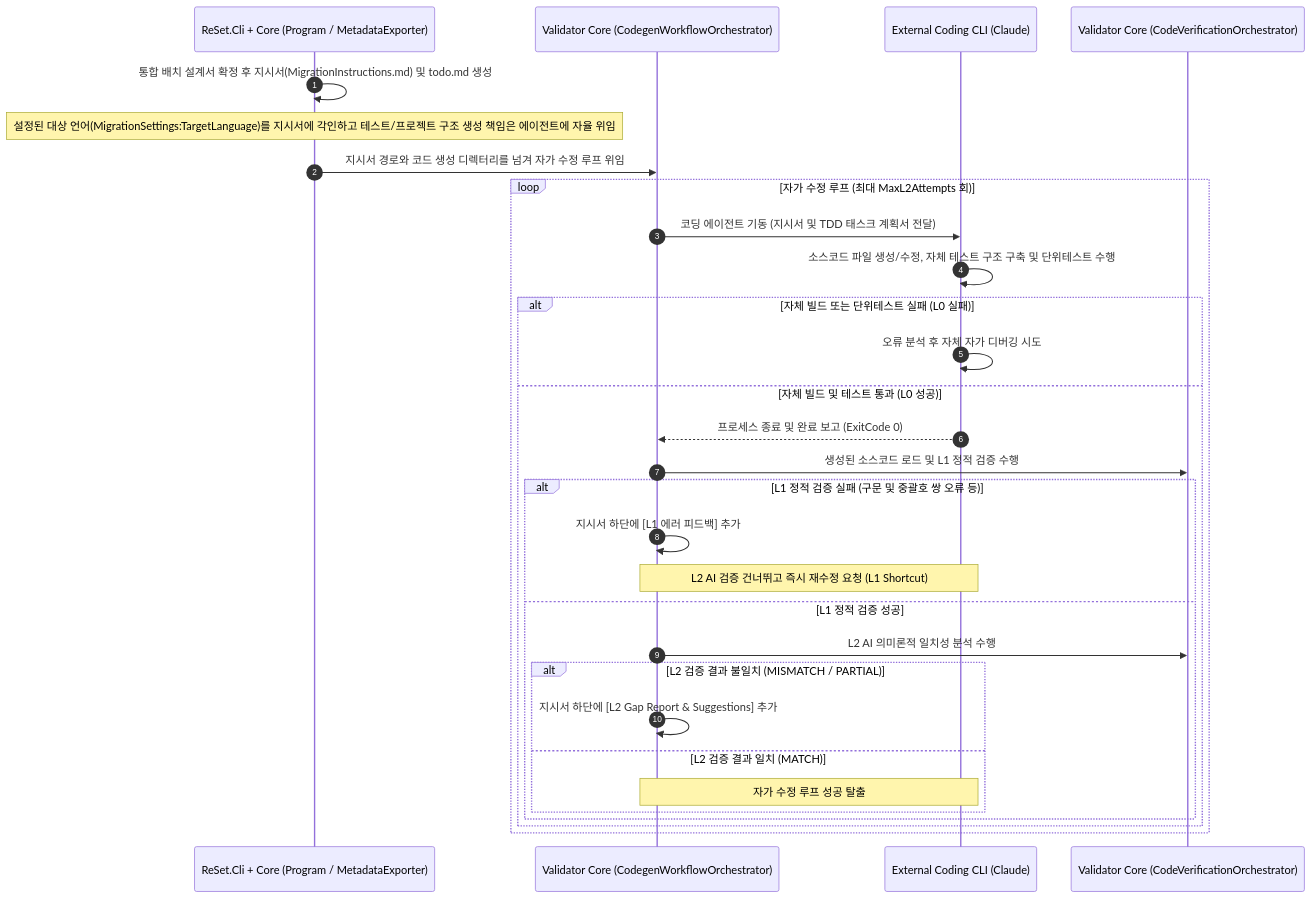
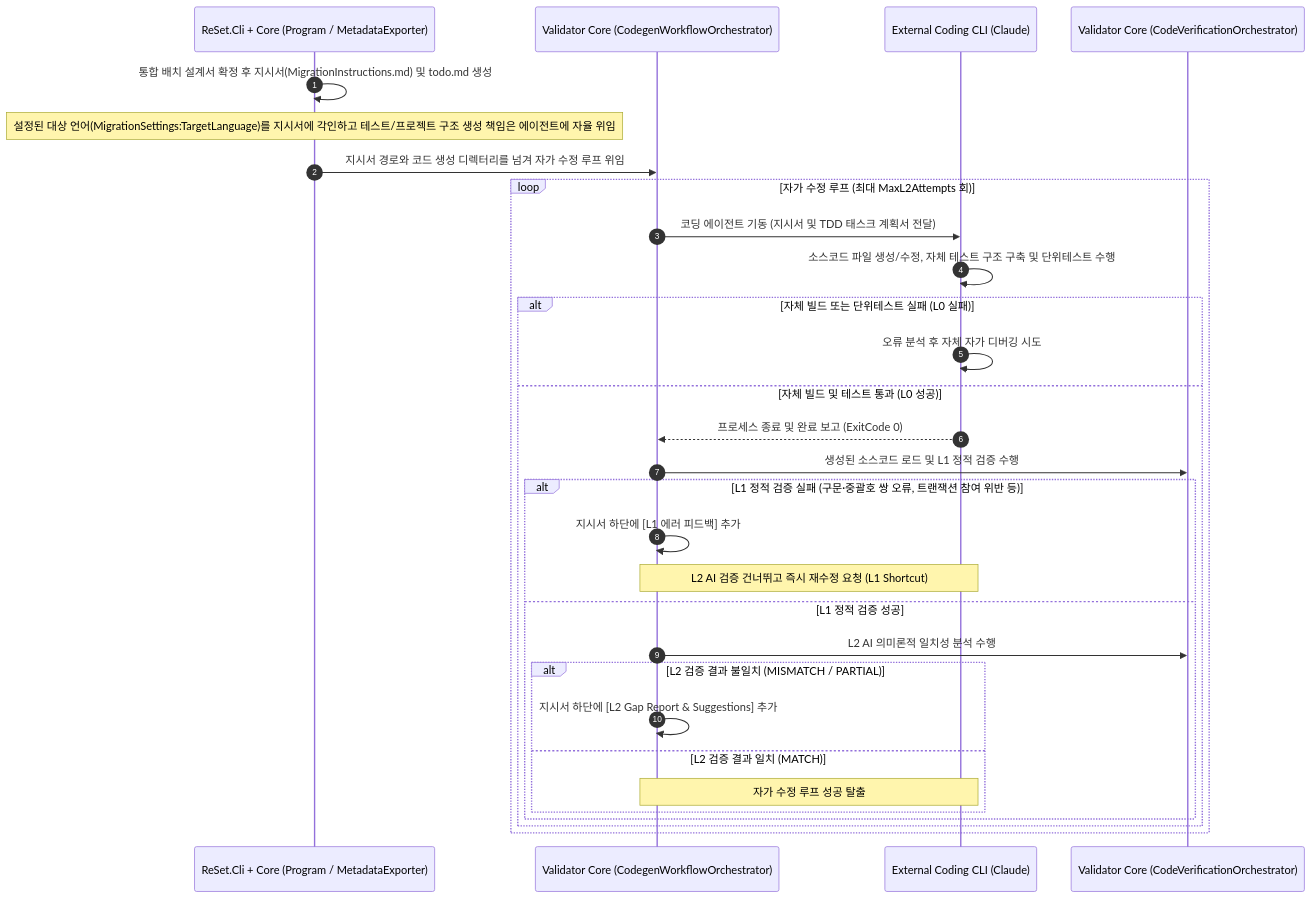
One commit to moondae815/ReSet changed the fifth of 9 diagrams in docs/architecture.md. Above: the diagram before and after it, drawn with Mermaid. The commit also changed other lines of this file and 2 other files, not shown here.

````diff
--- a/docs/architecture.md
+++ b/docs/architecture.md
@@ -245,33 +245,33 @@
 ```mermaid
 sequenceDiagram
     autonumber
     participant CLI as ReSet.Cli + Core (Program / MetadataExporter)
     participant RC as Validator Core (CodegenWorkflowOrchestrator)
     participant ECE as External Coding CLI (Claude)
     participant VAL as Validator Core (CodeVerificationOrchestrator)
 
     CLI->>CLI: 통합 배치 설계서 확정 후 지시서(MigrationInstructions.md) 및 todo.md 생성
     Note over CLI: 설정된 대상 언어(MigrationSettings:TargetLanguage)를 지시서에 각인하고 테스트/프로젝트 구조 생성 책임은 에이전트에 자율 위임
     CLI->>RC: 지시서 경로와 코드 생성 디렉터리를 넘겨 자가 수정 루프 위임
     loop 자가 수정 루프 (최대 MaxL2Attempts 회)
         RC->>ECE: 코딩 에이전트 기동 (지시서 및 TDD 태스크 계획서 전달)
         ECE->>ECE: 소스코드 파일 생성/수정, 자체 테스트 구조 구축 및 단위테스트 수행
         alt 자체 빌드 또는 단위테스트 실패 (L0 실패)
             ECE->>ECE: 오류 분석 후 자체 자가 디버깅 시도
         else 자체 빌드 및 테스트 통과 (L0 성공)
             ECE-->>RC: 프로세스 종료 및 완료 보고 (ExitCode 0)
             RC->>VAL: 생성된 소스코드 로드 및 L1 정적 검증 수행
-            alt L1 정적 검증 실패 (구문 및 중괄호 쌍 오류 등)
+            alt L1 정적 검증 실패 (구문·중괄호 쌍 오류, 트랜잭션 참여 위반 등)
                 RC->>RC: 지시서 하단에 [L1 에러 피드백] 추가
                 Note over RC,ECE: L2 AI 검증 건너뛰고 즉시 재수정 요청 (L1 Shortcut)
             else L1 정적 검증 성공
                 RC->>VAL: L2 AI 의미론적 일치성 분석 수행
                 alt L2 검증 결과 불일치 (MISMATCH / PARTIAL)
                     RC->>RC: 지시서 하단에 [L2 Gap Report & Suggestions] 추가
                 else L2 검증 결과 일치 (MATCH)
                     Note over RC,ECE: 자가 수정 루프 성공 탈출
                 end
             end
         end
     end
 ```
````
